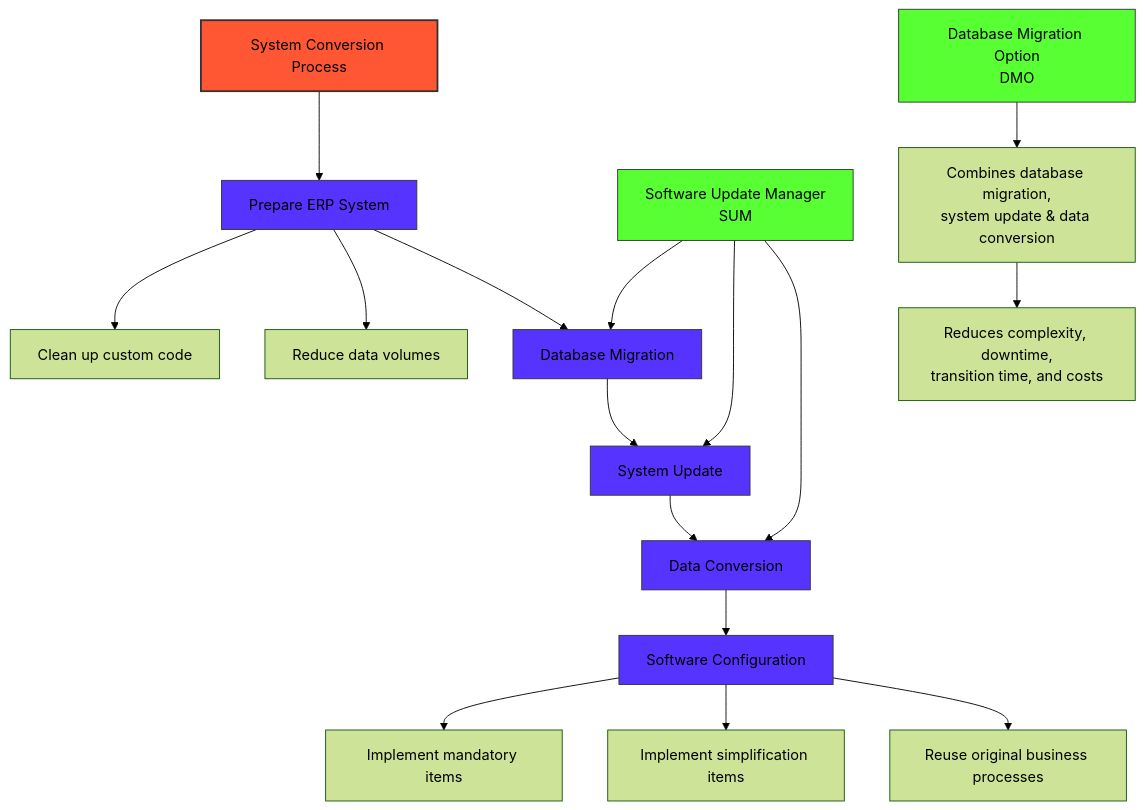
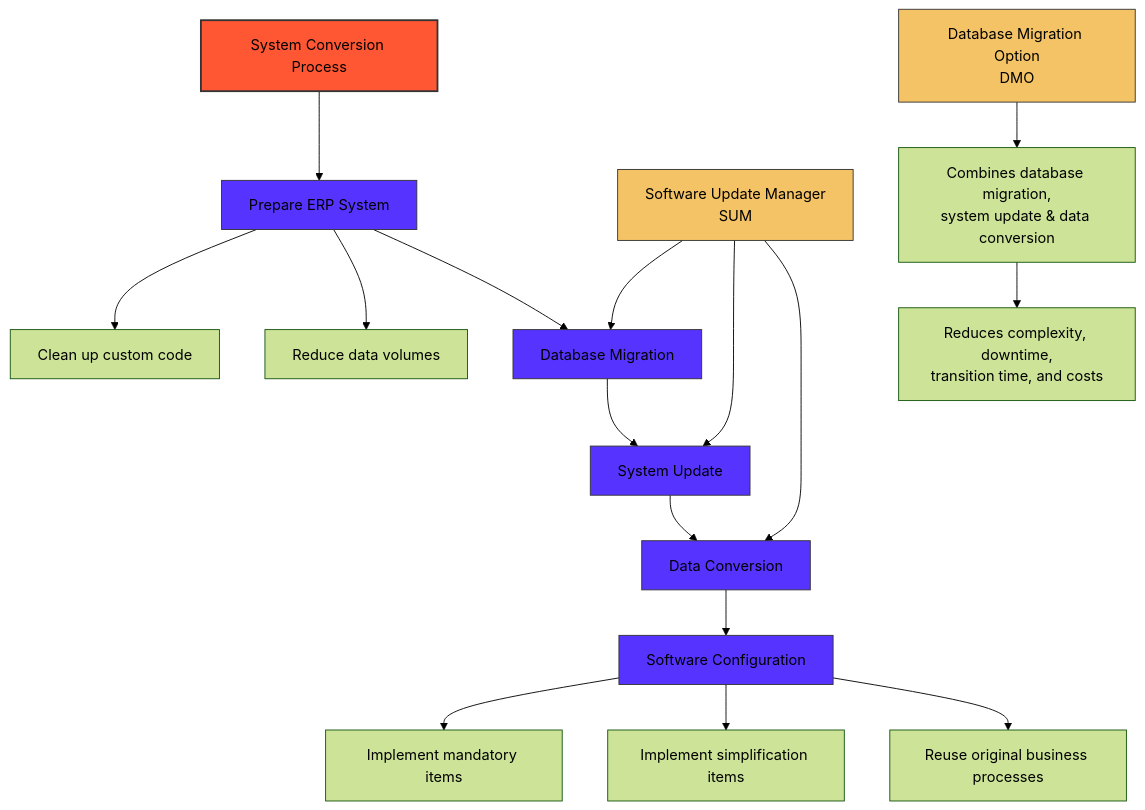
One commit to sapflashcards/S4CPE changed the diagram in conversion.md. Above: the diagram before and after it, drawn with Mermaid (forest theme).

````diff
--- a/conversion.md
+++ b/conversion.md
@@ -1,29 +1,29 @@
 ```mermaid
 graph TD
     A[System Conversion Process] --> B[Prepare ERP System]
     B --> B1[Clean up custom code]
     B --> B2[Reduce data volumes]
     B --> C[Database Migration]
     C --> D[System Update]
     D --> E[Data Conversion]
     E --> F[Software Configuration]
     F --> F1[Implement mandatory items]
     F --> F2[Implement simplification items]
     F --> F3[Reuse original business processes]
     
     G[Software Update Manager\nSUM] --> C
     G --> D
     G --> E
     
     H[Database Migration Option\nDMO] --> H1[Combines database migration,\nsystem update & data conversion]
     H1 --> H2[Reduces complexity, downtime,\ntransition time, and costs]
     
     style A fill:#FF5733,stroke:#333,stroke-width:2px
     style B fill:#5733FF,stroke:#333
     style C fill:#5733FF,stroke:#333
     style D fill:#5733FF,stroke:#333
     style E fill:#5733FF,stroke:#333
     style F fill:#5733FF,stroke:#333
-    style G fill:#57FF33,stroke:#333
-    style H fill:#57FF33,stroke:#333
+    style G fill:#f4c366,stroke:#333
+    style H fill:#f4c366,stroke:#333
 ```
````
